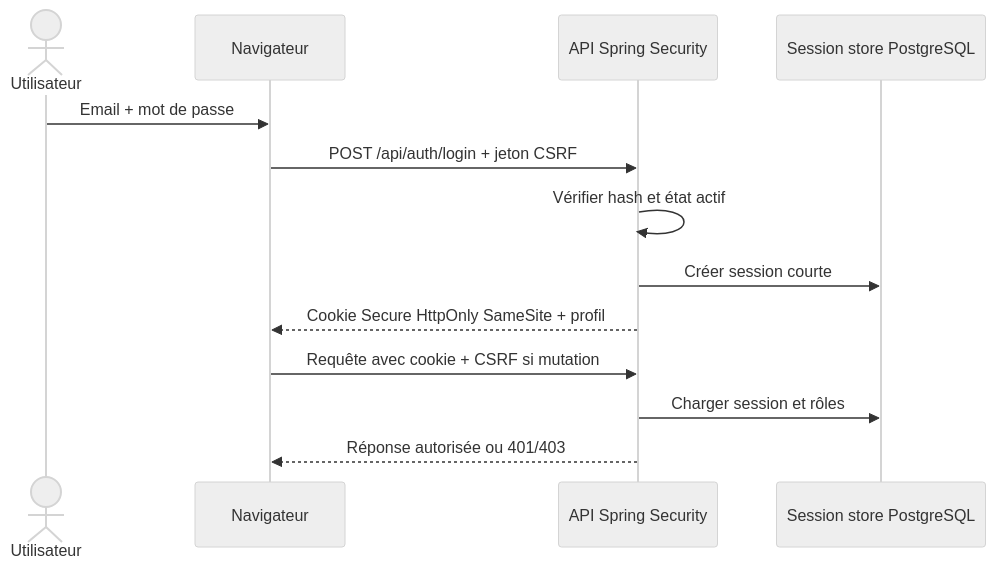
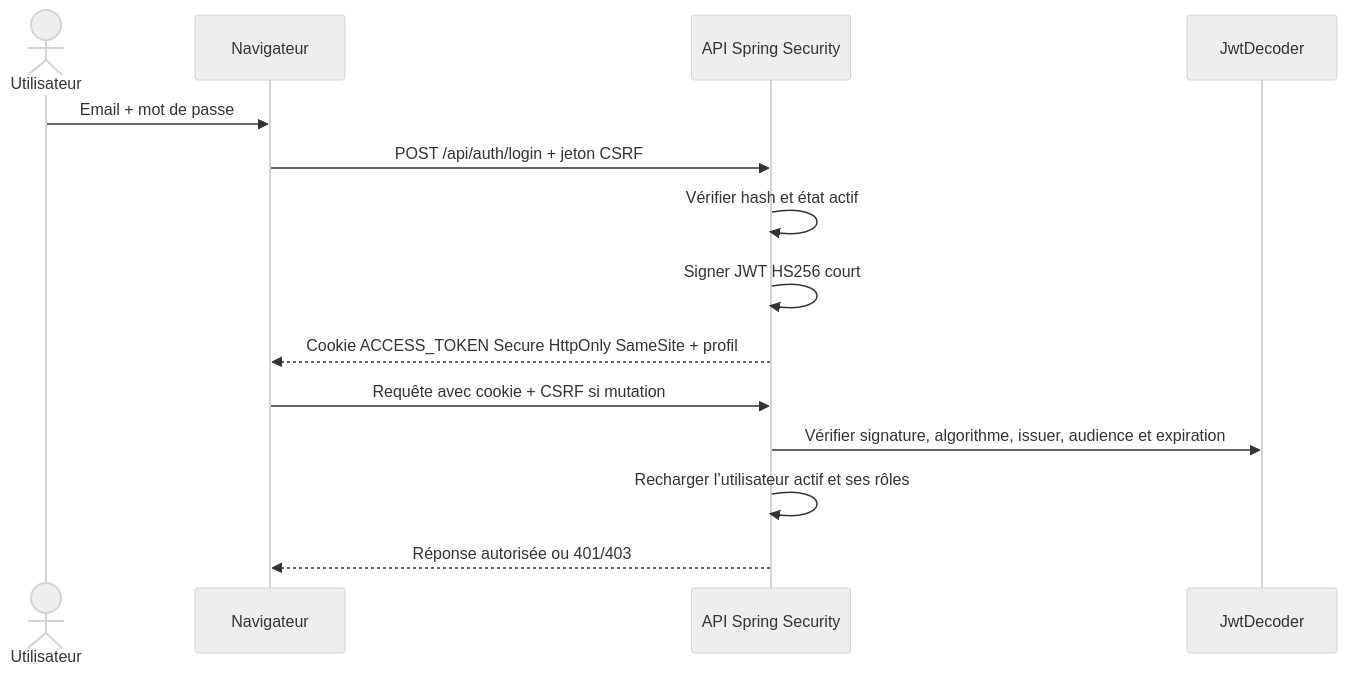
Before and after one commit to yoesefab/Library-Management-System: the third of 4 diagrams in docs/architecture.md, drawn with Mermaid (neutral theme). The commit also changed other lines of this file and 41 other files, not shown here.

````diff
--- a/docs/architecture.md
+++ b/docs/architecture.md
@@ -69,15 +69,16 @@
 ```mermaid
 sequenceDiagram
     actor U as Utilisateur
     participant B as Navigateur
     participant A as API Spring Security
-    participant S as Session store PostgreSQL
+    participant D as JwtDecoder
     U->>B: Email + mot de passe
     B->>A: POST /api/auth/login + jeton CSRF
     A->>A: Vérifier hash et état actif
-    A->>S: Créer session courte
-    A-->>B: Cookie Secure HttpOnly SameSite + profil
+    A->>A: Signer JWT HS256 court
+    A-->>B: Cookie ACCESS_TOKEN Secure HttpOnly SameSite + profil
     B->>A: Requête avec cookie + CSRF si mutation
-    A->>S: Charger session et rôles
+    A->>D: Vérifier signature, algorithme, issuer, audience et expiration
+    A->>A: Recharger l’utilisateur actif et ses rôles
     A-->>B: Réponse autorisée ou 401/403
 ```
````
